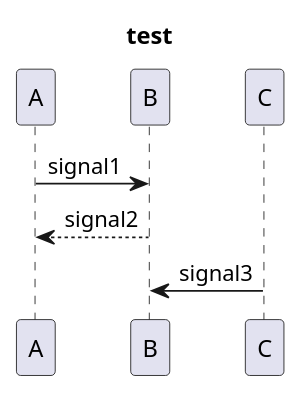
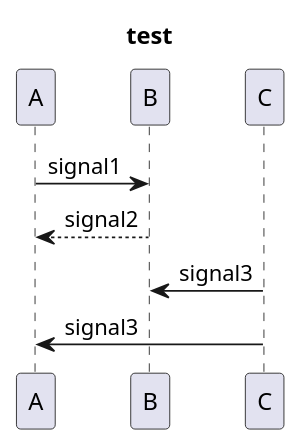
Before and after one commit to MoorisWhite/weiwei: the diagram in test.pu, drawn with PlantUML.

Commit message:
両方残し

```diff
--- a/test.pu
+++ b/test.pu
@@ -1,8 +1,9 @@
 @startuml
 title test
 
 A -> B : signal1
 B --> A : signal2
 C -> B:signal3
+C -> A:signal3
 
 @enduml
```
